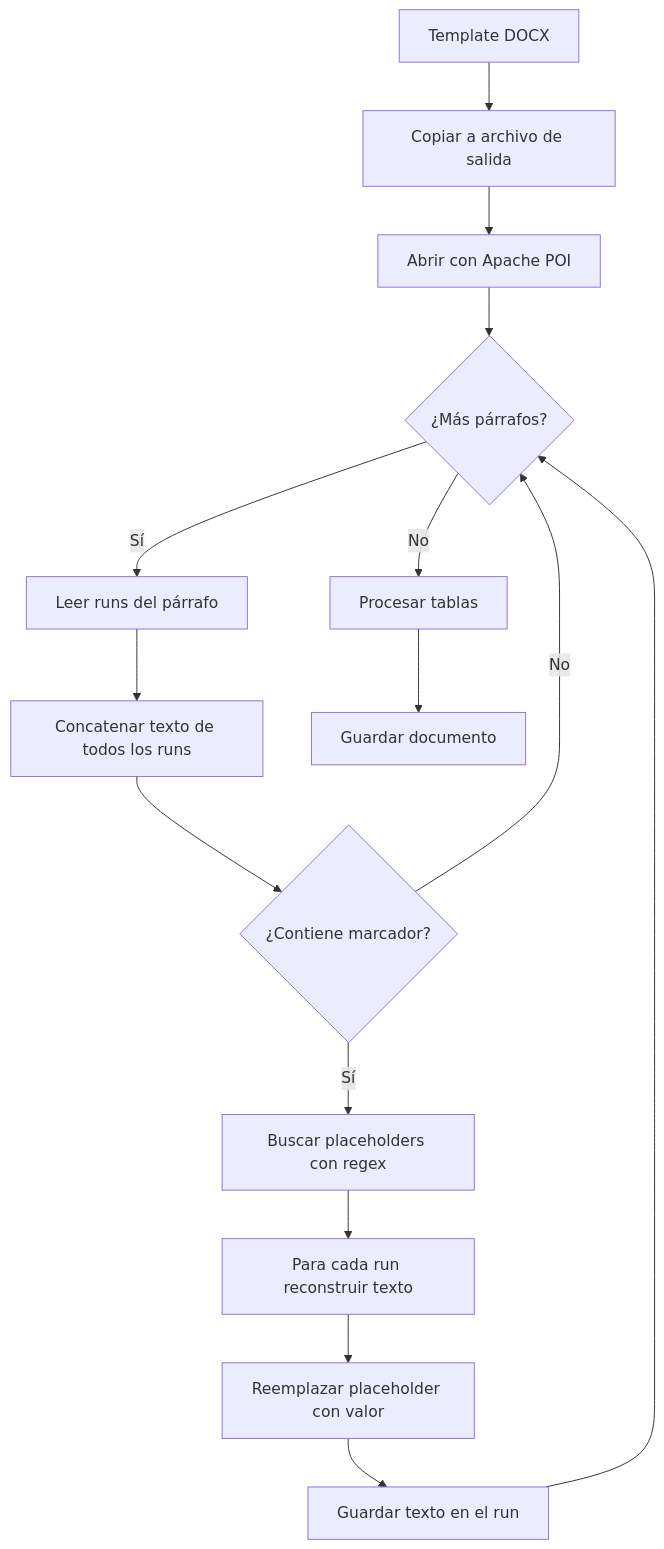
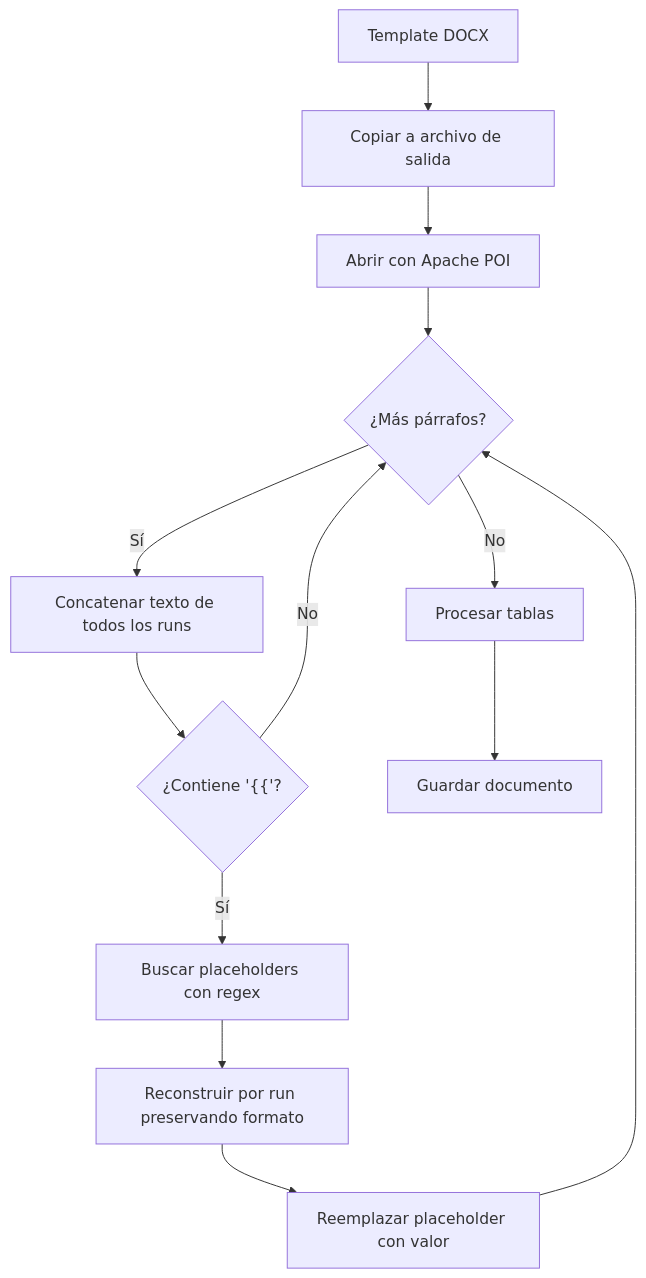
The tenth of 13 diagrams in FLUJO_FUNCIONAL.md (juanjosehc/actas-glpi), drawn with Mermaid before and after one commit. The commit also changed other lines of this file and 11 other files, not shown here.

````diff
--- a/FLUJO_FUNCIONAL.md
+++ b/FLUJO_FUNCIONAL.md
@@ -290,17 +357,15 @@
 ```mermaid
 flowchart TD
-    A[Template DOCX] --> B[Copiar a archivo de salida]
-    B --> C[Abrir con Apache POI]
-    C --> D{¿Más párrafos?}
-    D -->|Sí| E[Leer runs del párrafo]
-    E --> F[Concatenar texto de todos los runs]
-    F --> G{¿Contiene marcador?}
-    G -->|No| D
-    G -->|Sí| H[Buscar placeholders con regex]
-    H --> I[Para cada run reconstruir texto]
-    I --> J[Reemplazar placeholder con valor]
-    J --> K[Guardar texto en el run]
-    K --> D
-    D -->|No| L[Procesar tablas]
-    L --> M[Guardar documento]
+    A["Template DOCX"] --> B["Copiar a archivo de salida"]
+    B --> C["Abrir con Apache POI"]
+    C --> D{"¿Más párrafos?"}
+    D -->|"Sí"| E["Concatenar texto de todos los runs"]
+    E --> F{"¿Contiene '{{'?"}
+    F -->|"No"| D
+    F -->|"Sí"| G["Buscar placeholders con regex"]
+    G --> H["Reconstruir por run preservando formato"]
+    H --> I["Reemplazar placeholder con valor"]
+    I --> D
+    D -->|"No"| J["Procesar tablas"]
+    J --> K["Guardar documento"]
 ```
````
